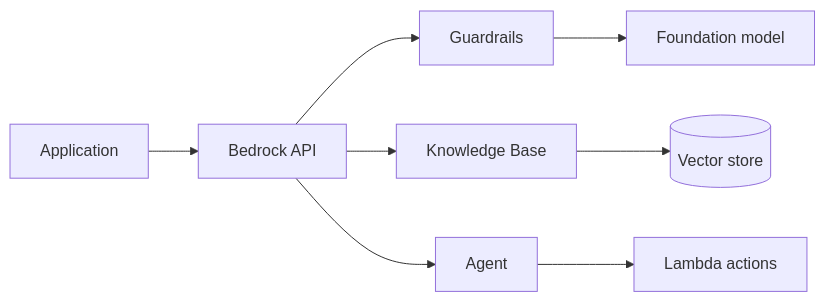
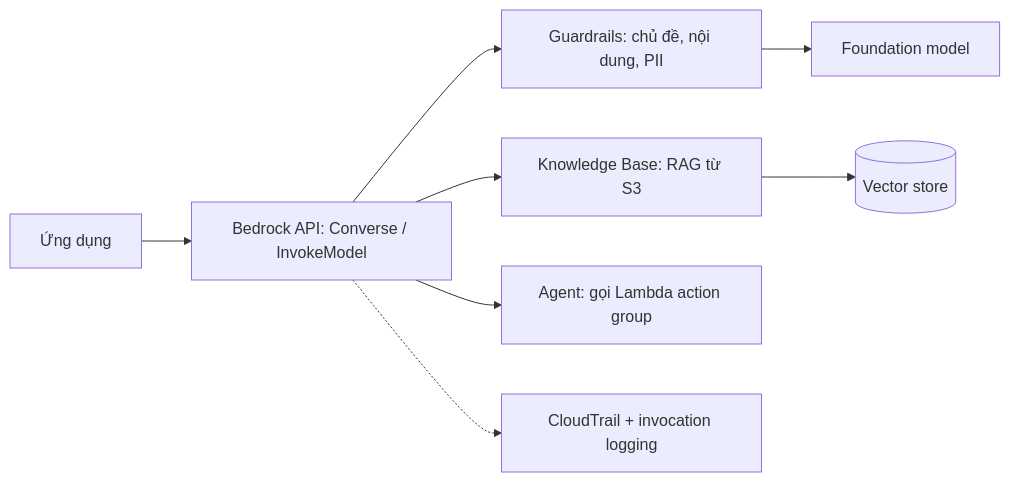
The diagram in src/assets/knowledge/playbooks/ai-ml/amazon-bedrock.md (passion-Infinity/personal-tech-playbook), drawn with Mermaid before and after one commit. The commit also changed other lines of this file and 6 other files, not shown here.

````diff
--- a/src/assets/knowledge/playbooks/ai-ml/amazon-bedrock.md
+++ b/src/assets/knowledge/playbooks/ai-ml/amazon-bedrock.md
@@ -18,9 +38,8 @@
 ```mermaid
 flowchart LR
-    APP[Application] --> BR[Bedrock API]
-    BR --> G[Guardrails]
-    G --> FM[Foundation model]
-    BR --> KB[Knowledge Base]
-    KB --> VS[(Vector store)]
-    BR --> AG[Agent] --> LMB[Lambda actions]
+    APP["Ứng dụng"] --> BR["Bedrock API: Converse / InvokeModel"]
+    BR --> GR["Guardrails: chủ đề, nội dung, PII"] --> FM["Foundation model"]
+    BR --> KB["Knowledge Base: RAG từ S3"] --> VS[("Vector store")]
+    BR --> AG["Agent: gọi Lambda action group"]
+    BR -.-> LOG["CloudTrail + invocation logging"]
 ```
````
